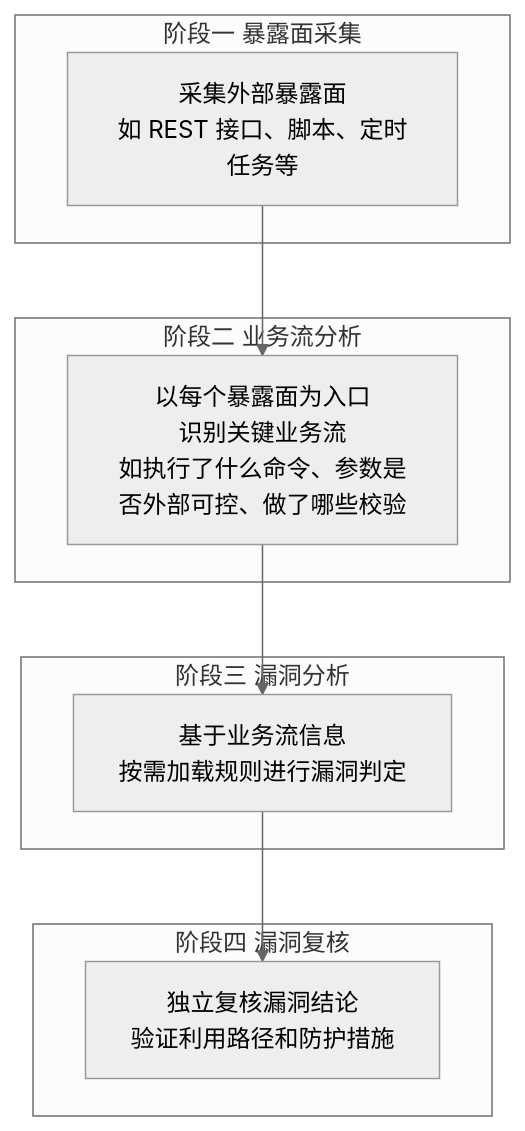
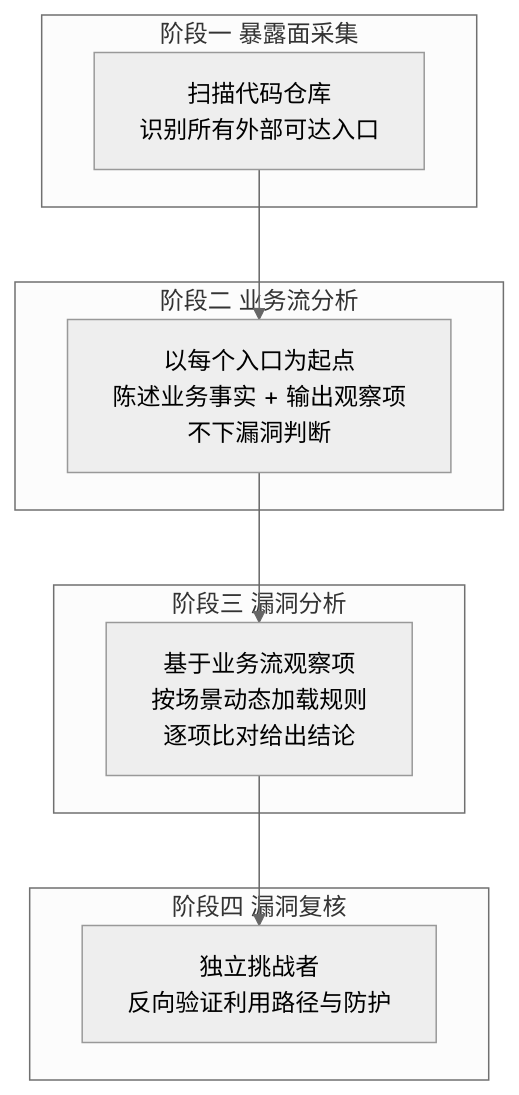
The second of 7 diagrams in vuln-agent-intro.md (gcf0082/vuln_agent), drawn with Mermaid (neutral theme) before and after one commit. The commit also changed other lines of this file and 3 other files, not shown here.

````diff
--- a/vuln-agent-intro.md
+++ b/vuln-agent-intro.md
@@ -9,20 +41,16 @@
 ```mermaid
 flowchart TD
     subgraph 阶段一 暴露面采集
-        A["采集外部暴露面<br/>如 REST 接口、脚本、定时任务等"]
+        A["扫描代码仓库<br/>识别所有外部可达入口"]
     end
-
     subgraph 阶段二 业务流分析
-        B["以每个暴露面为入口<br/>识别关键业务流<br/>如执行了什么命令、参数是否外部可控、做了哪些校验"]
+        B["以每个入口为起点<br/>陈述业务事实 + 输出观察项<br/>不下漏洞判断"]
     end
-
     subgraph 阶段三 漏洞分析
-        C["基于业务流信息<br/>按需加载规则进行漏洞判定"]
+        C["基于业务流观察项<br/>按场景动态加载规则<br/>逐项比对给出结论"]
     end
-
     subgraph 阶段四 漏洞复核
-        D["独立复核漏洞结论<br/>验证利用路径和防护措施"]
+        D["独立挑战者<br/>反向验证利用路径与防护"]
     end
-
     A --> B --> C --> D
 ```
````
